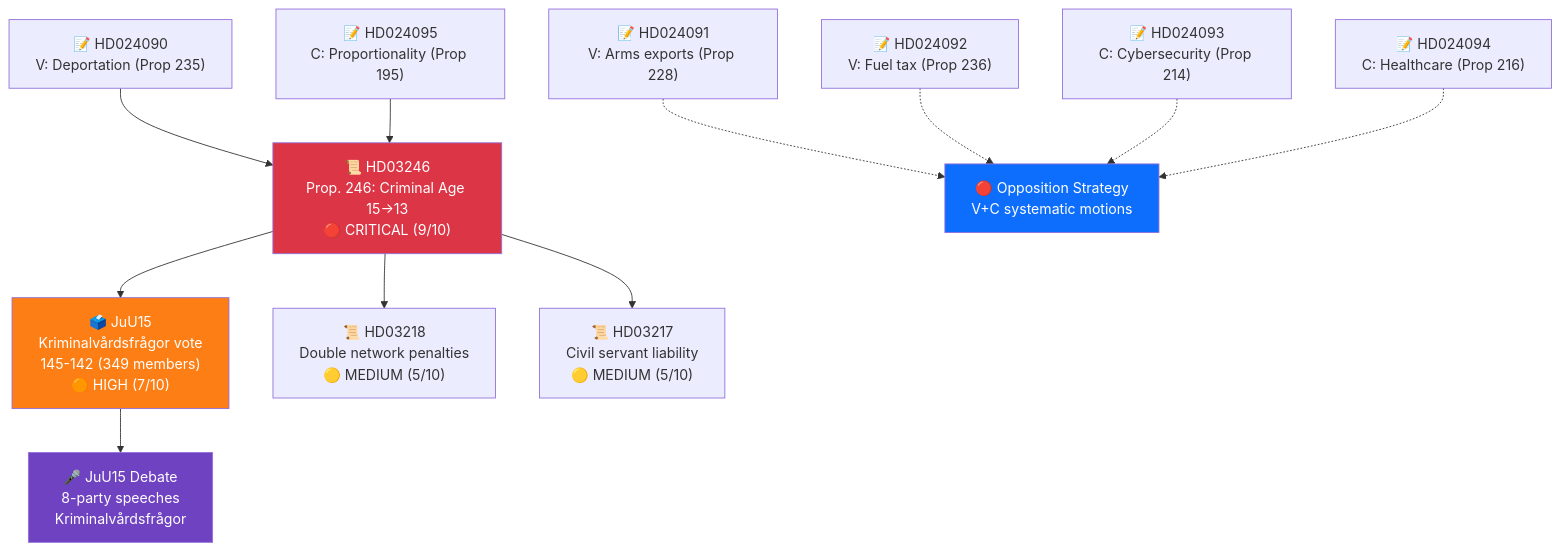
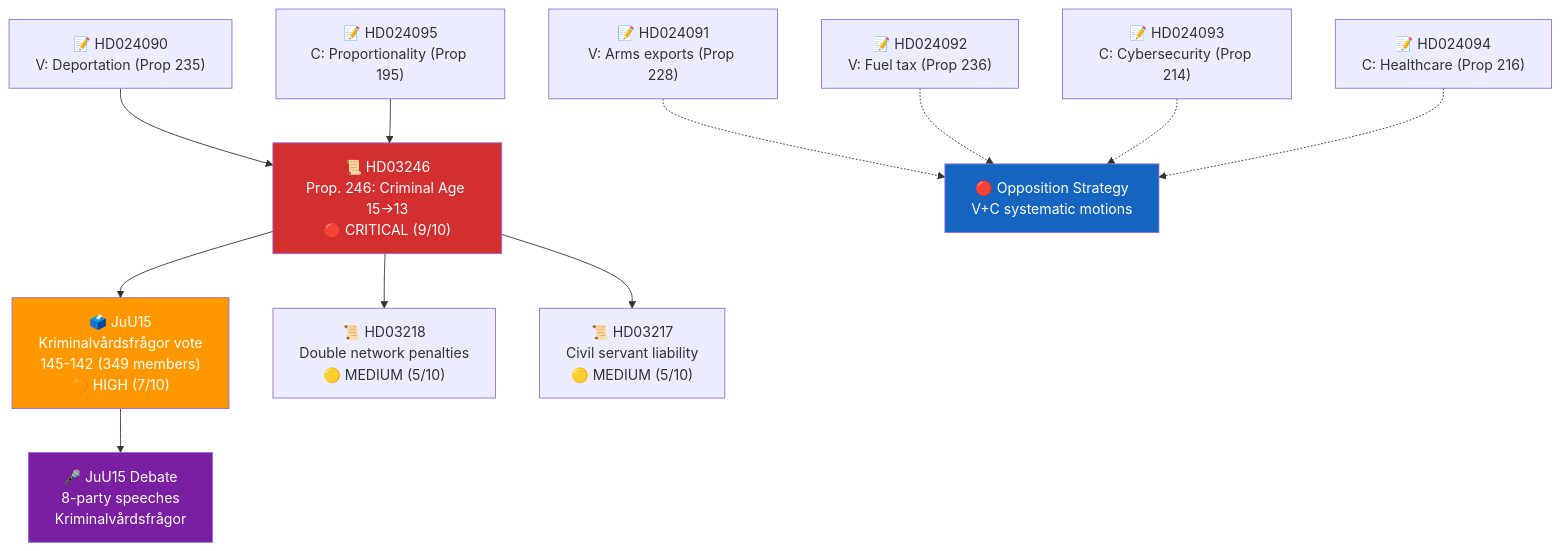
The diagram in analysis/daily/2026-04-16/realtime-1244/cross-reference-map.md (Hack23/riksdagsmonitor), drawn with Mermaid before and after one commit. The commit also changed 785 other files, not shown here.

First line of the commit message:
Normalize mermaid colors across 786 analysis artifacts to ISMS Style Guide palette

````diff
--- a/analysis/daily/2026-04-16/realtime-1244/cross-reference-map.md
+++ b/analysis/daily/2026-04-16/realtime-1244/cross-reference-map.md
@@ -24,20 +24,20 @@
 ```mermaid
 graph TD
     HD03246["📜 HD03246<br/>Prop. 246: Criminal Age 15→13<br/>🔴 CRITICAL (9/10)"] --> JuU15["🗳️ JuU15<br/>Kriminalvårdsfrågor vote<br/>145-142 (349 members)<br/>🟠 HIGH (7/10)"]
     HD03246 --> HD03218["📜 HD03218<br/>Double network penalties<br/>🟡 MEDIUM (5/10)"]
     HD03246 --> HD03217["📜 HD03217<br/>Civil servant liability<br/>🟡 MEDIUM (5/10)"]
     
     JuU15 --> DEBATE["🎤 JuU15 Debate<br/>8-party speeches<br/>Kriminalvårdsfrågor"]
     
     HD024090["📝 HD024090<br/>V: Deportation (Prop 235)"] --> HD03246
     HD024095["📝 HD024095<br/>C: Proportionality (Prop 195)"] --> HD03246
     HD024091["📝 HD024091<br/>V: Arms exports (Prop 228)"] -.-> OPPOSITION["🔴 Opposition Strategy<br/>V+C systematic motions"]
     HD024092["📝 HD024092<br/>V: Fuel tax (Prop 236)"] -.-> OPPOSITION
     HD024093["📝 HD024093<br/>C: Cybersecurity (Prop 214)"] -.-> OPPOSITION
     HD024094["📝 HD024094<br/>C: Healthcare (Prop 216)"] -.-> OPPOSITION
     
-    style HD03246 fill:#dc3545,color:#fff
-    style JuU15 fill:#fd7e14,color:#fff
-    style DEBATE fill:#6f42c1,color:#fff
-    style OPPOSITION fill:#0d6efd,color:#fff
+    style HD03246 fill:#D32F2F,color:#FFFFFF
+    style JuU15 fill:#FF9800,color:#FFFFFF
+    style DEBATE fill:#7B1FA2,color:#FFFFFF
+    style OPPOSITION fill:#1565C0,color:#FFFFFF
 ```
````
